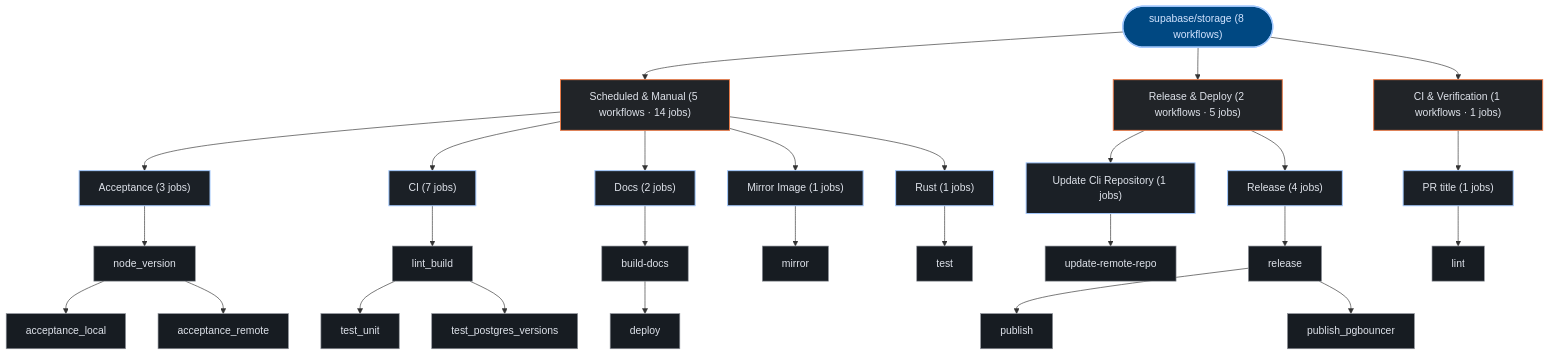
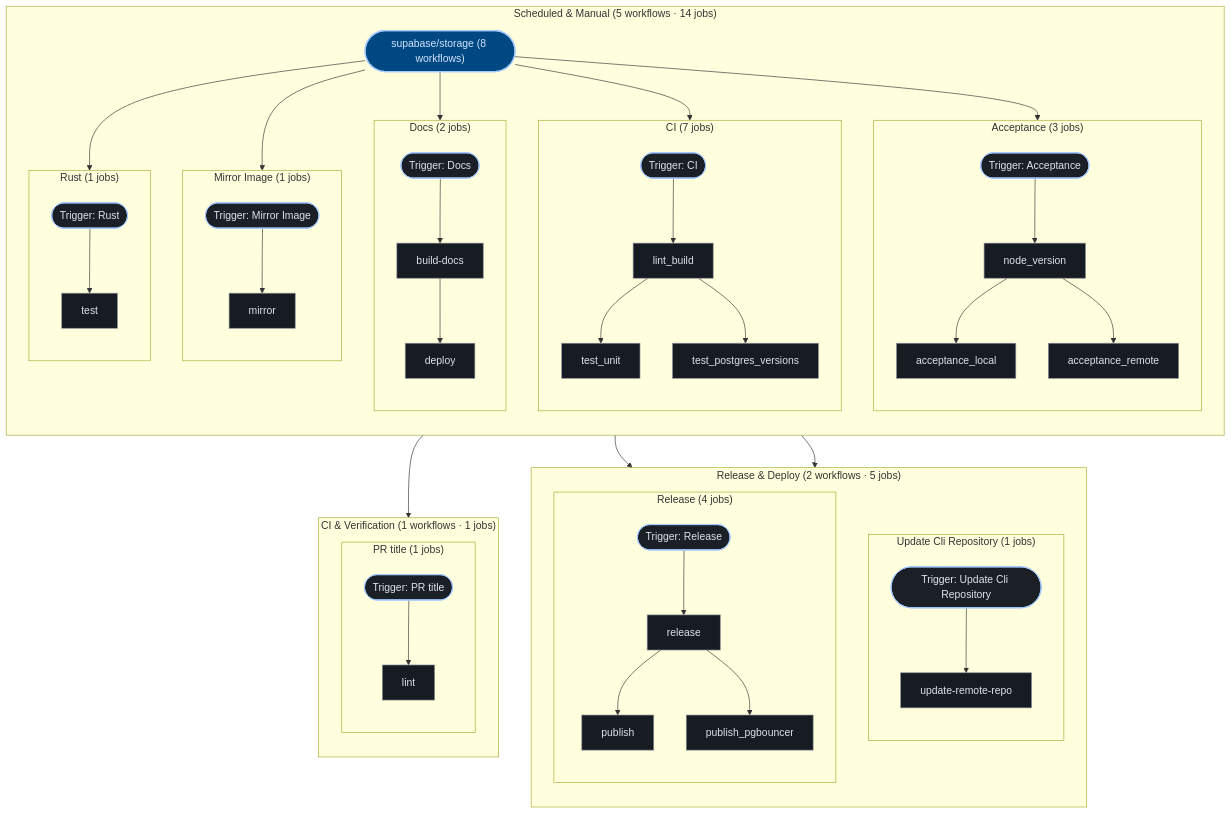
The third of 3 diagrams in exports/latest/reports/supabase-storage-report.md (kumarshaz/atruss-code-atlas), drawn with Mermaid before and after one commit. The commit also changed 181 other files, not shown here.

````diff
--- a/exports/latest/reports/supabase-storage-report.md
+++ b/exports/latest/reports/supabase-storage-report.md
@@ -328,56 +328,83 @@
   classDef atlasAlert fill:#93000a,stroke:#ffb4ab,stroke-width:1.5px,color:#ffdad6
   classDef atlasMore fill:#252a31,stroke:#8d9199,stroke-dasharray:4 4,color:#c3c6cf
   pipeline_root(["supabase/storage (8 workflows)"]):::atlasRoot
-  grp_0_Scheduled___Manual["Scheduled & Manual (5 workflows · 14 jobs)"]:::atlasCategory
-  pipeline_root --> grp_0_Scheduled___Manual
-  wf_0_Acceptance["Acceptance (3 jobs)"]:::atlasWorkflow
-  grp_0_Scheduled___Manual --> wf_0_Acceptance
-  job_0_node_version["node_version"]:::atlasJob
-  job_0_acceptance_local["acceptance_local"]:::atlasJob
-  job_0_acceptance_remote["acceptance_remote"]:::atlasJob
-  wf_0_Acceptance --> job_0_node_version
-  job_0_node_version --> job_0_acceptance_local
-  job_0_node_version --> job_0_acceptance_remote
-  wf_1_CI["CI (7 jobs)"]:::atlasWorkflow
-  grp_0_Scheduled___Manual --> wf_1_CI
-  job_1_lint_build["lint_build"]:::atlasJob
-  job_1_test_unit["test_unit"]:::atlasJob
-  job_1_test_postgres_versions["test_postgres_versions"]:::atlasJob
-  wf_1_CI --> job_1_lint_build
-  job_1_lint_build --> job_1_test_unit
-  job_1_lint_build --> job_1_test_postgres_versions
-  wf_3_Docs["Docs (2 jobs)"]:::atlasWorkflow
-  grp_0_Scheduled___Manual --> wf_3_Docs
-  job_3_build_docs["build-docs"]:::atlasJob
-  job_3_deploy["deploy"]:::atlasJob
-  wf_3_Docs --> job_3_build_docs
-  job_3_build_docs --> job_3_deploy
-  wf_4_Mirror_Image["Mirror Image (1 jobs)"]:::atlasWorkflow
-  grp_0_Scheduled___Manual --> wf_4_Mirror_Image
-  job_4_mirror["mirror"]:::atlasJob
-  wf_4_Mirror_Image --> job_4_mirror
-  wf_7_Rust["Rust (1 jobs)"]:::atlasWorkflow
-  grp_0_Scheduled___Manual --> wf_7_Rust
-  job_7_test["test"]:::atlasJob
-  wf_7_Rust --> job_7_test
-  grp_1_Release___Deploy["Release & Deploy (2 workflows · 5 jobs)"]:::atlasCategory
-  pipeline_root --> grp_1_Release___Deploy
-  wf_2_Update_Cli_Repository["Update Cli Repository (1 jobs)"]:::atlasWorkflow
-  grp_1_Release___Deploy --> wf_2_Update_Cli_Repository
-  job_2_update_remote_repo["update-remote-repo"]:::atlasJob
-  wf_2_Update_Cli_Repository --> job_2_update_remote_repo
-  wf_6_Release["Release (4 jobs)"]:::atlasWorkflow
-  grp_1_Release___Deploy --> wf_6_Release
-  job_6_release["release"]:::atlasJob
-  job_6_publish["publish"]:::atlasJob
-  job_6_publish_pgbouncer["publish_pgbouncer"]:::atlasJob
-  wf_6_Release --> job_6_release
-  job_6_release --> job_6_publish
-  job_6_release --> job_6_publish_pgbouncer
-  grp_2_CI___Verification["CI & Verification (1 workflows · 1 jobs)"]:::atlasCategory
-  pipeline_root --> grp_2_CI___Verification
-  wf_5_PR_title["PR title (1 jobs)"]:::atlasWorkflow
-  grp_2_CI___Verification --> wf_5_PR_title
-  job_5_lint["lint"]:::atlasJob
-  wf_5_PR_title --> job_5_lint
+  subgraph sg_grp_0_Scheduled___Manual["Scheduled & Manual (5 workflows · 14 jobs)"]
+    direction TB
+    subgraph sg_wf_0_Acceptance["Acceptance (3 jobs)"]
+      direction TB
+      wf_0_Acceptance(["Trigger: Acceptance"]):::atlasWorkflow
+      job_0_node_version["node_version"]:::atlasJob
+      job_0_acceptance_local["acceptance_local"]:::atlasJob
+      job_0_acceptance_remote["acceptance_remote"]:::atlasJob
+      wf_0_Acceptance --> job_0_node_version
+      job_0_node_version --> job_0_acceptance_local
+      job_0_node_version --> job_0_acceptance_remote
+    end
+    pipeline_root --> wf_0_Acceptance
+    subgraph sg_wf_1_CI["CI (7 jobs)"]
+      direction TB
+      wf_1_CI(["Trigger: CI"]):::atlasWorkflow
+      job_1_lint_build["lint_build"]:::atlasJob
+      job_1_test_unit["test_unit"]:::atlasJob
+      job_1_test_postgres_versions["test_postgres_versions"]:::atlasJob
+      wf_1_CI --> job_1_lint_build
+      job_1_lint_build --> job_1_test_unit
+      job_1_lint_build --> job_1_test_postgres_versions
+    end
+    pipeline_root --> wf_1_CI
+    subgraph sg_wf_3_Docs["Docs (2 jobs)"]
+      direction TB
+      wf_3_Docs(["Trigger: Docs"]):::atlasWorkflow
+      job_3_build_docs["build-docs"]:::atlasJob
+      job_3_deploy["deploy"]:::atlasJob
+      wf_3_Docs --> job_3_build_docs
+      job_3_build_docs --> job_3_deploy
+    end
+    pipeline_root --> wf_3_Docs
+    subgraph sg_wf_4_Mirror_Image["Mirror Image (1 jobs)"]
+      direction TB
+      wf_4_Mirror_Image(["Trigger: Mirror Image"]):::atlasWorkflow
+      job_4_mirror["mirror"]:::atlasJob
+      wf_4_Mirror_Image --> job_4_mirror
+    end
+    pipeline_root --> wf_4_Mirror_Image
+    subgraph sg_wf_7_Rust["Rust (1 jobs)"]
+      direction TB
+      wf_7_Rust(["Trigger: Rust"]):::atlasWorkflow
+      job_7_test["test"]:::atlasJob
+      wf_7_Rust --> job_7_test
+    end
+    pipeline_root --> wf_7_Rust
+  end
+  subgraph sg_grp_1_Release___Deploy["Release & Deploy (2 workflows · 5 jobs)"]
+    direction TB
+    subgraph sg_wf_2_Update_Cli_Repository["Update Cli Repository (1 jobs)"]
+      direction TB
+      wf_2_Update_Cli_Repository(["Trigger: Update Cli Repository"]):::atlasWorkflow
+      job_2_update_remote_repo["update-remote-repo"]:::atlasJob
+      wf_2_Update_Cli_Repository --> job_2_update_remote_repo
+    end
+    pipeline_root --> wf_2_Update_Cli_Repository
+    subgraph sg_wf_6_Release["Release (4 jobs)"]
+      direction TB
+      wf_6_Release(["Trigger: Release"]):::atlasWorkflow
+      job_6_release["release"]:::atlasJob
+      job_6_publish["publish"]:::atlasJob
+      job_6_publish_pgbouncer["publish_pgbouncer"]:::atlasJob
+      wf_6_Release --> job_6_release
+      job_6_release --> job_6_publish
+      job_6_release --> job_6_publish_pgbouncer
+    end
+    pipeline_root --> wf_6_Release
+  end
+  subgraph sg_grp_2_CI___Verification["CI & Verification (1 workflows · 1 jobs)"]
+    direction TB
+    subgraph sg_wf_5_PR_title["PR title (1 jobs)"]
+      direction TB
+      wf_5_PR_title(["Trigger: PR title"]):::atlasWorkflow
+      job_5_lint["lint"]:::atlasJob
+      wf_5_PR_title --> job_5_lint
+    end
+    pipeline_root --> wf_5_PR_title
+  end
 ```
````
